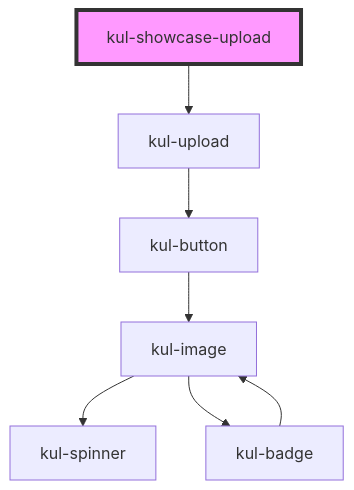
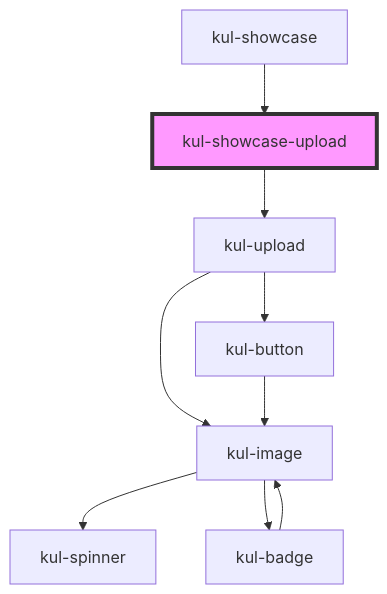
The diagram in packages/ketchup-lite/src/components/kul-showcase/components/upload/readme.md (smeup/ketchup), drawn with Mermaid before and after one commit. The commit also changed other lines of this file and 3 other files, not shown here.

````diff
--- a/packages/ketchup-lite/src/components/kul-showcase/components/upload/readme.md
+++ b/packages/ketchup-lite/src/components/kul-showcase/components/upload/readme.md
@@ -25,10 +29,12 @@
 ```mermaid
 graph TD;
   kul-showcase-upload --> kul-upload
+  kul-upload --> kul-image
   kul-upload --> kul-button
-  kul-button --> kul-image
   kul-image --> kul-spinner
   kul-image --> kul-badge
   kul-badge --> kul-image
+  kul-button --> kul-image
+  kul-showcase --> kul-showcase-upload
   style kul-showcase-upload fill:#f9f,stroke:#333,stroke-width:4px
 ```
````
